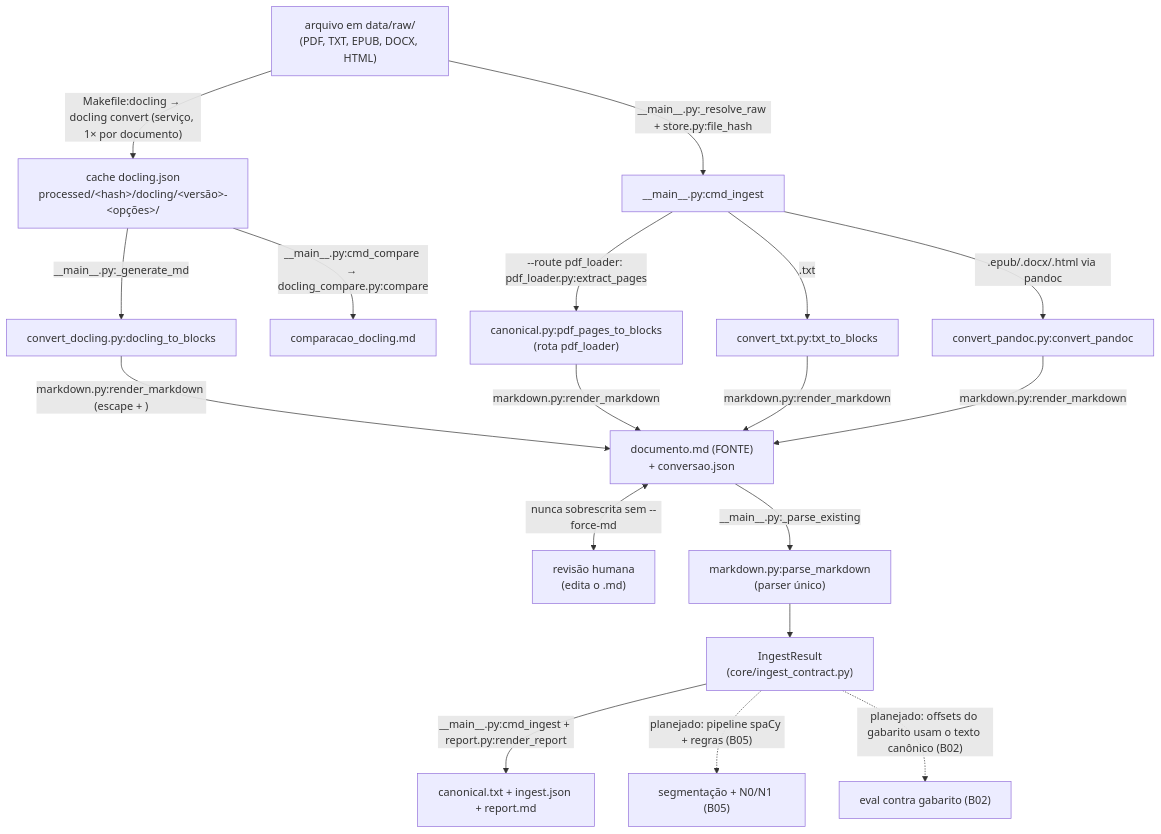
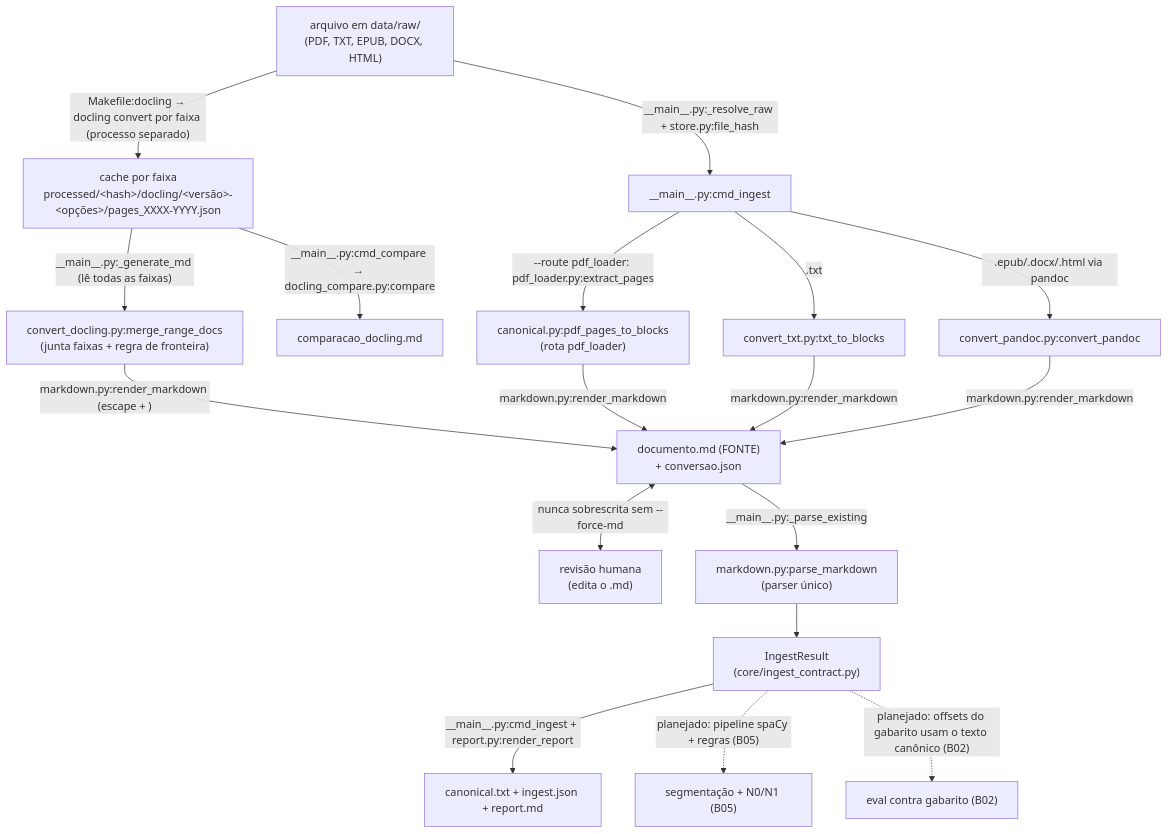
Before and after one commit to lld-git/map-relations: the diagram in docs/mapa/fluxo.md, drawn with Mermaid. The commit also changed 11 other files, not shown here.

First line of the commit message:
B04c: conversão do Docling por faixas de página (sem OOM)

````diff
--- a/docs/mapa/fluxo.md
+++ b/docs/mapa/fluxo.md
@@ -7,37 +7,37 @@
 ```mermaid
 flowchart TB
     RAW["arquivo em data/raw/<br/>(PDF, TXT, EPUB, DOCX, HTML)"]
     CLI["__main__.py:cmd_ingest"]
-    CACHE["cache docling.json<br/>processed/&lt;hash&gt;/docling/&lt;versão&gt;-&lt;opções&gt;/"]
-    CONVD["convert_docling.py:docling_to_blocks"]
+    CACHE["cache por faixa<br/>processed/&lt;hash&gt;/docling/&lt;versão&gt;-&lt;opções&gt;/pages_XXXX-YYYY.json"]
+    CONVD["convert_docling.py:merge_range_docs<br/>(junta faixas + regra de fronteira)"]
     CONVP["canonical.py:pdf_pages_to_blocks<br/>(rota pdf_loader)"]
     CONVT["convert_txt.py:txt_to_blocks"]
     CONVPD["convert_pandoc.py:convert_pandoc"]
     MD["documento.md (FONTE)<br/>+ conversao.json"]
     HUMANO["revisão humana<br/>(edita o .md)"]
     PARSER["markdown.py:parse_markdown<br/>(parser único)"]
     RESULT["IngestResult<br/>(core/ingest_contract.py)"]
     OUT["canonical.txt + ingest.json + report.md"]
     COMPARE["comparacao_docling.md"]
 
-    RAW -->|"Makefile:docling → docling convert (serviço, 1× por documento)"| CACHE
+    RAW -->|"Makefile:docling → docling convert por faixa (processo separado)"| CACHE
     RAW -->|"__main__.py:_resolve_raw + store.py:file_hash"| CLI
-    CACHE -->|"__main__.py:_generate_md"| CONVD
+    CACHE -->|"__main__.py:_generate_md (lê todas as faixas)"| CONVD
     CLI -->|"--route pdf_loader: pdf_loader.py:extract_pages"| CONVP
     CLI -->|".txt"| CONVT
     CLI -->|".epub/.docx/.html via pandoc"| CONVPD
     CONVD -->|"markdown.py:render_markdown (escape + <!-- p.N -->)"| MD
     CONVP -->|"markdown.py:render_markdown"| MD
     CONVT -->|"markdown.py:render_markdown"| MD
     CONVPD -->|"markdown.py:render_markdown"| MD
     MD <-->|"nunca sobrescrita sem --force-md"| HUMANO
     MD -->|"__main__.py:_parse_existing"| PARSER
     PARSER --> RESULT
     RESULT -->|"__main__.py:cmd_ingest + report.py:render_report"| OUT
     CACHE -->|"__main__.py:cmd_compare → docling_compare.py:compare"| COMPARE
 
     SEG["segmentação + N0/N1 (B05)"]
     EVAL["eval contra gabarito (B02)"]
     RESULT -.->|"planejado: pipeline spaCy + regras (B05)"| SEG
     RESULT -.->|"planejado: offsets do gabarito usam o texto canônico (B02)"| EVAL
 ```
````
